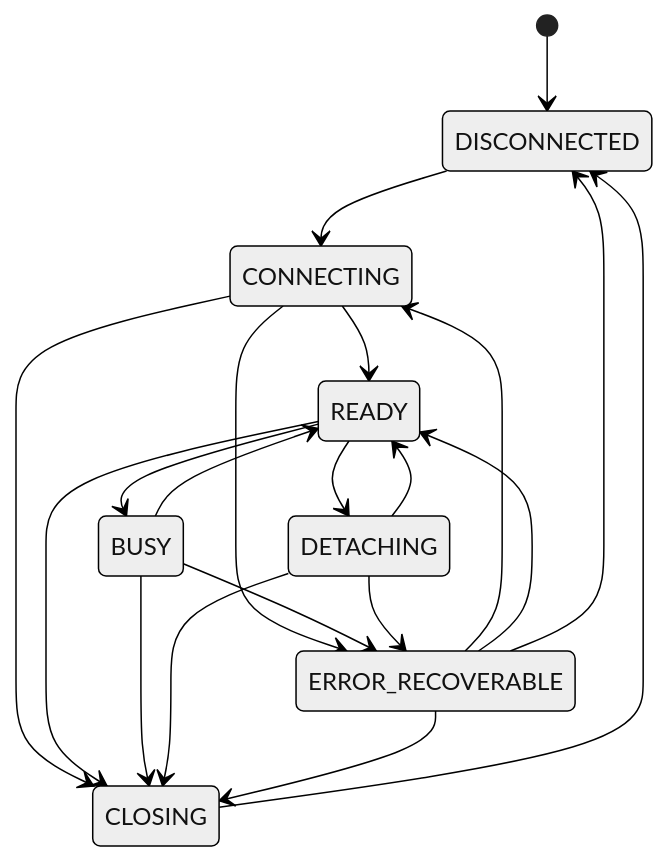
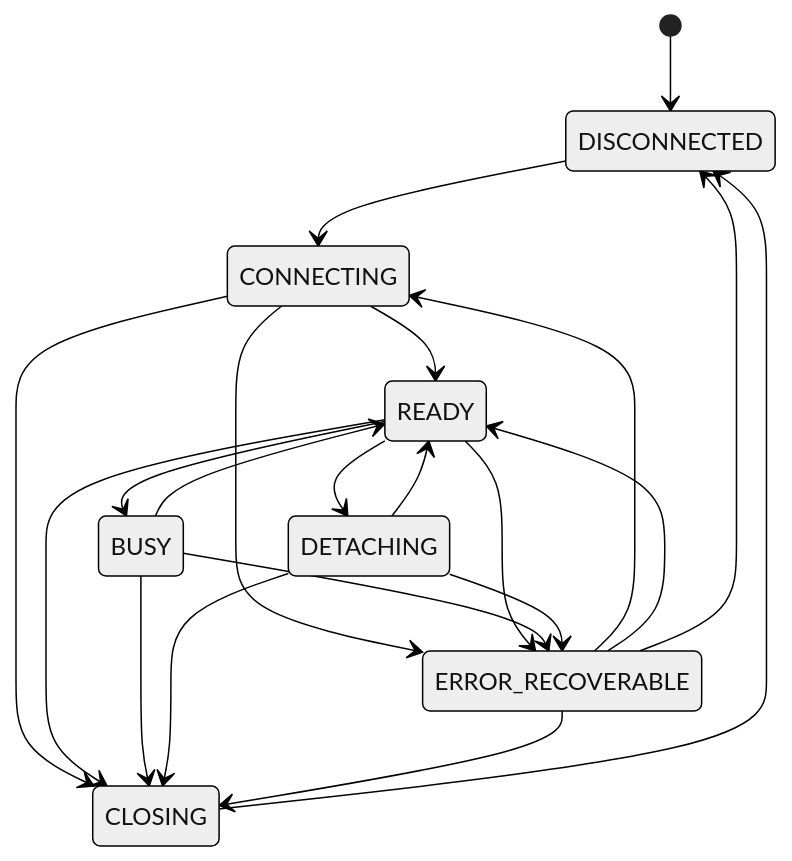
Before and after one commit to eribertocz/geoduck: the diagram in docs/proposals/C13-session-states.md, drawn with Mermaid (neutral theme). The commit also changed other lines of this file, not shown here.

````diff
--- a/docs/proposals/C13-session-states.md
+++ b/docs/proposals/C13-session-states.md
@@ -56,22 +63,23 @@
 ```mermaid
 stateDiagram-v2
   [*] --> DISCONNECTED
   DISCONNECTED --> CONNECTING
   CONNECTING --> READY
   CONNECTING --> ERROR_RECOVERABLE
   CONNECTING --> CLOSING
   READY --> BUSY
   READY --> DETACHING
   READY --> CLOSING
+  READY --> ERROR_RECOVERABLE
   BUSY --> READY
   BUSY --> CLOSING
   BUSY --> ERROR_RECOVERABLE
   DETACHING --> READY
   DETACHING --> ERROR_RECOVERABLE
   DETACHING --> CLOSING
   CLOSING --> DISCONNECTED
   ERROR_RECOVERABLE --> CONNECTING
   ERROR_RECOVERABLE --> READY
   ERROR_RECOVERABLE --> CLOSING
   ERROR_RECOVERABLE --> DISCONNECTED
 ```
````
